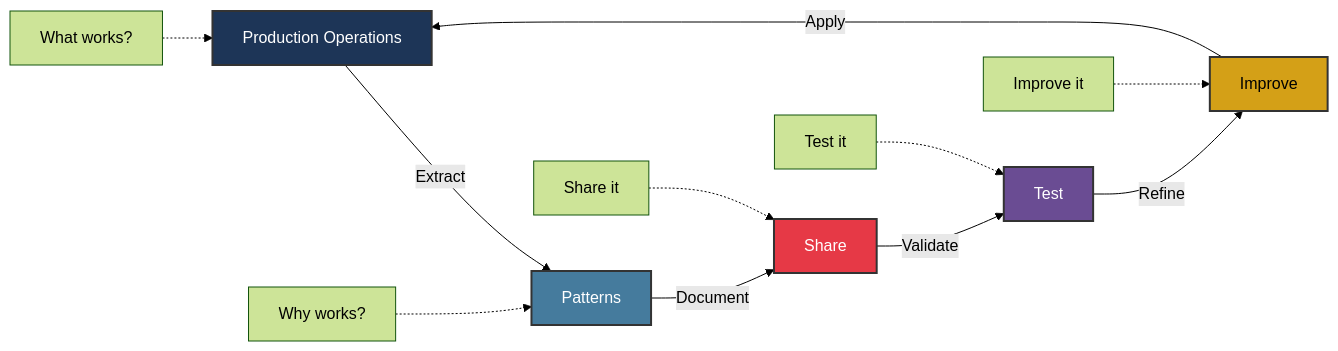
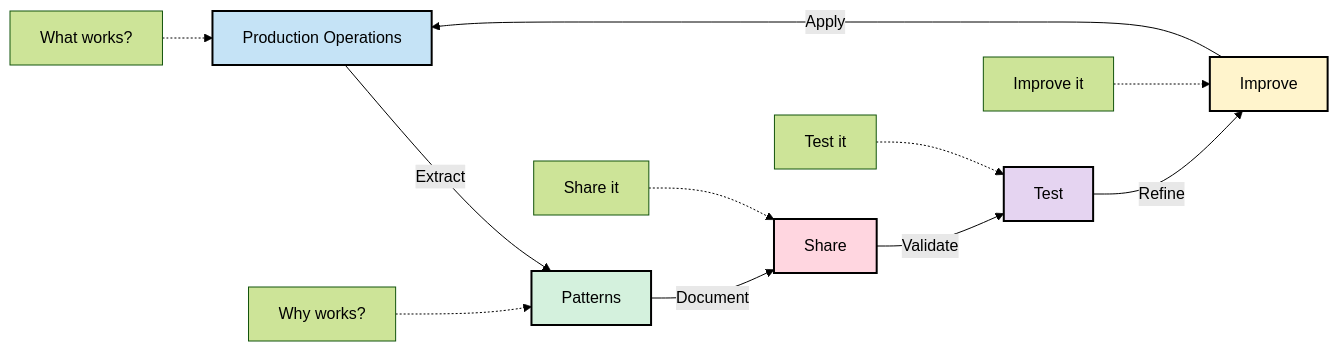
One commit to boshu2/12-factor-agentops changed the second of 5 diagrams in README.md. Above: the diagram before and after it, drawn with Mermaid (forest theme). The commit also changed other lines of this file, not shown here.

First line of the commit message:
fix(readme): use light backgrounds with dark text for all diagrams

````diff
--- a/README.md
+++ b/README.md
@@ -113,20 +113,20 @@
 ```mermaid
 graph LR
     A[Production Operations] -->|Extract| B[Patterns]
     B -->|Document| C[Share]
     C -->|Validate| D[Test]
     D -->|Refine| E[Improve]
     E -->|Apply| A
 
     A1[What works?] -.-> A
     B1[Why works?] -.-> B
     C1[Share it] -.-> C
     D1[Test it] -.-> D
     E1[Improve it] -.-> E
 
-    style A fill:#1d3557,stroke:#333,stroke-width:2px,color:#fff
-    style B fill:#457b9d,stroke:#333,stroke-width:2px,color:#fff
-    style C fill:#e63946,stroke:#333,stroke-width:2px,color:#fff
-    style D fill:#6a4c93,stroke:#333,stroke-width:2px,color:#fff
-    style E fill:#d4a017,stroke:#333,stroke-width:2px,color:#000
+    style A fill:#c5e3f6,stroke:#000,stroke-width:2px,color:#000
+    style B fill:#d4f1dd,stroke:#000,stroke-width:2px,color:#000
+    style C fill:#ffd6e0,stroke:#000,stroke-width:2px,color:#000
+    style D fill:#e5d4f1,stroke:#000,stroke-width:2px,color:#000
+    style E fill:#fff4cc,stroke:#000,stroke-width:2px,color:#000
 ```
````
